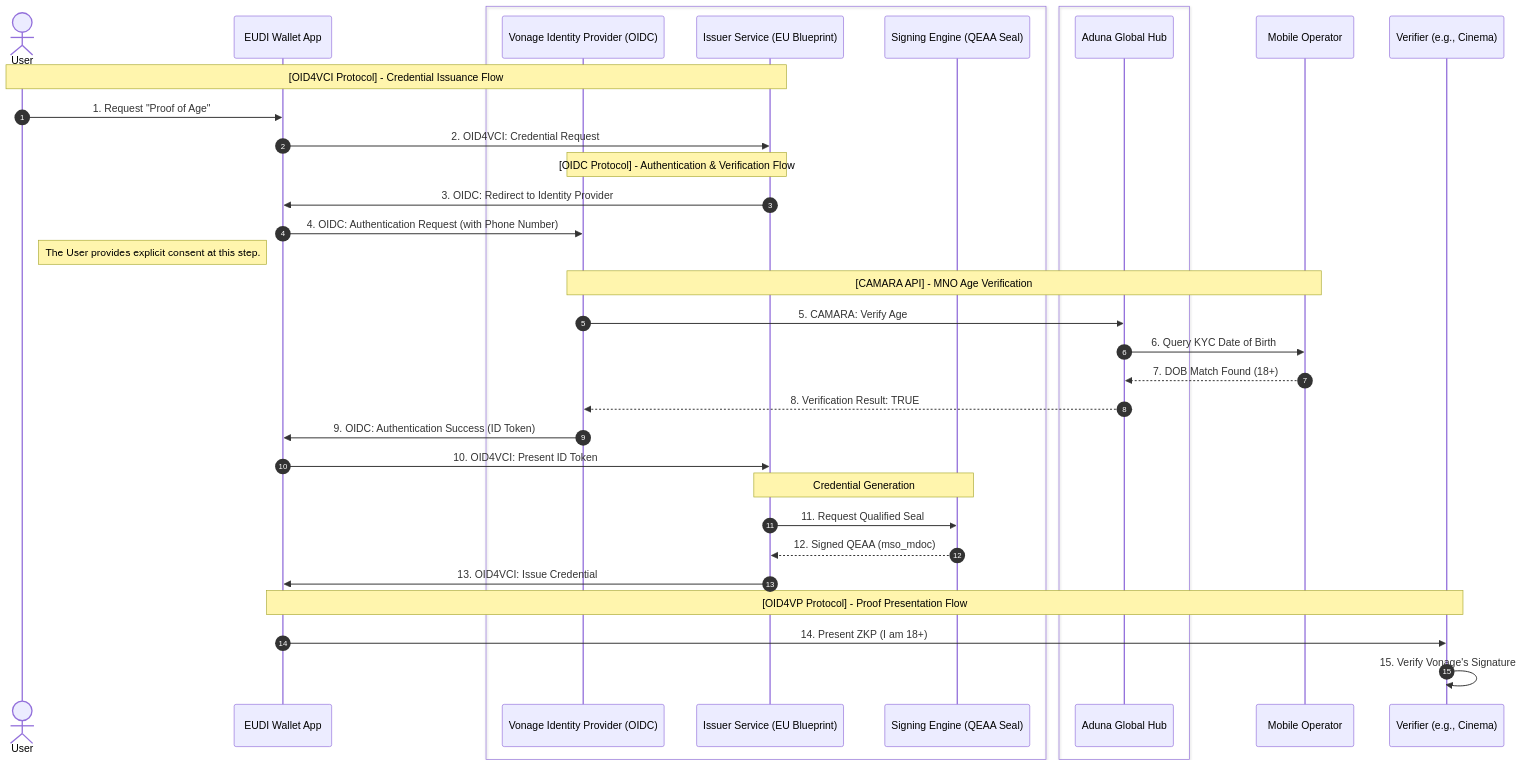
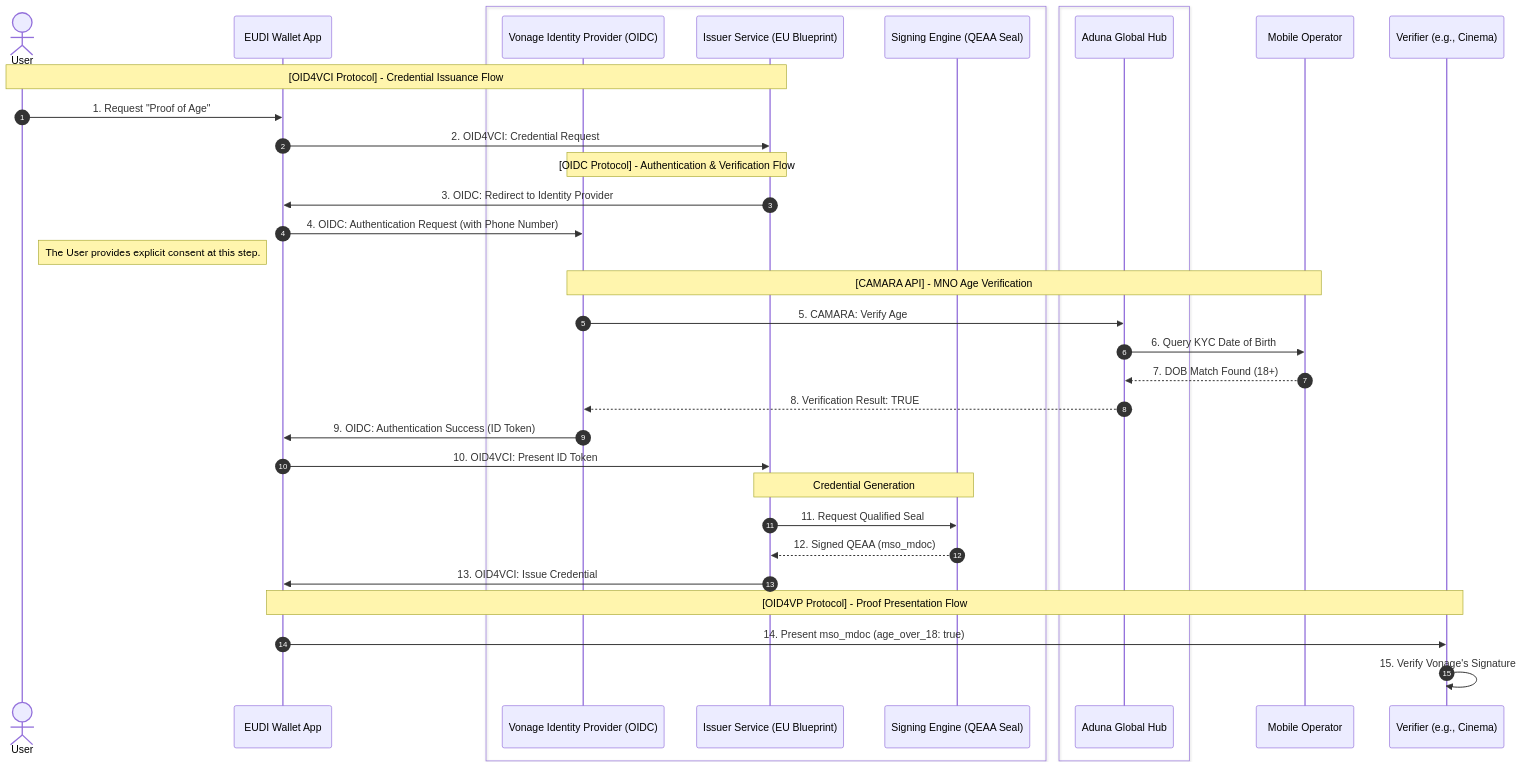
One commit to hope-vonage/eIDAS-age-verification-blueprint changed the diagram in architecture.md. Above: the diagram before and after it, drawn with Mermaid. The commit also changed other lines of this file and 1 other file, not shown here.

Commit message:
docs: clarify OIDC session purpose in README and architecture, fix ZKP/ID Token references

````diff
--- a/architecture.md
+++ b/architecture.md
@@ -9,47 +9,47 @@
 ```mermaid
 sequenceDiagram
     autonumber
     actor User
     participant Wallet as EUDI Wallet App
 
     box #F9F9F9 "Vonage Services"
         participant IdP as Vonage Identity Provider (OIDC)
         participant Iss as Issuer Service (EU Blueprint)
         participant Sign as Signing Engine (QEAA Seal)
     end
     
     box #E1F5FE "Verification Hub"
         participant Aduna as Aduna Global Hub
     end
     
     participant MNO as Mobile Operator
     participant Ver as Verifier (e.g., Cinema)
 
     Note over User, Iss: [OID4VCI Protocol] - Credential Issuance Flow
     User->>Wallet: 1. Request "Proof of Age"
     Wallet->>Iss: 2. OID4VCI: Credential Request
     
     Note over Iss, IdP: [OIDC Protocol] - Authentication & Verification Flow
     Iss->>Wallet: 3. OIDC: Redirect to Identity Provider
     Wallet->>IdP: 4. OIDC: Authentication Request (with Phone Number)
     Note right of User: The User provides explicit consent at this step.
     
     Note over IdP, MNO: [CAMARA API] - MNO Age Verification
     IdP->>Aduna: 5. CAMARA: Verify Age
     Aduna->>MNO: 6. Query KYC Date of Birth
     MNO-->>Aduna: 7. DOB Match Found (18+)
     Aduna-->>IdP: 8. Verification Result: TRUE
     
     IdP->>Wallet: 9. OIDC: Authentication Success (ID Token)
     Wallet->>Iss: 10. OID4VCI: Present ID Token
     
     Note over Iss, Sign: Credential Generation
     Iss->>Sign: 11. Request Qualified Seal
     Sign-->>Iss: 12. Signed QEAA (mso_mdoc)
     
     Iss->>Wallet: 13. OID4VCI: Issue Credential
     
     Note over Wallet, Ver: [OID4VP Protocol] - Proof Presentation Flow
-    Wallet->>Ver: 14. Present ZKP (I am 18+)
+    Wallet->>Ver: 14. Present mso_mdoc (age_over_18: true)
     Ver->>Ver: 15. Verify Vonage's Signature
 ```
````
